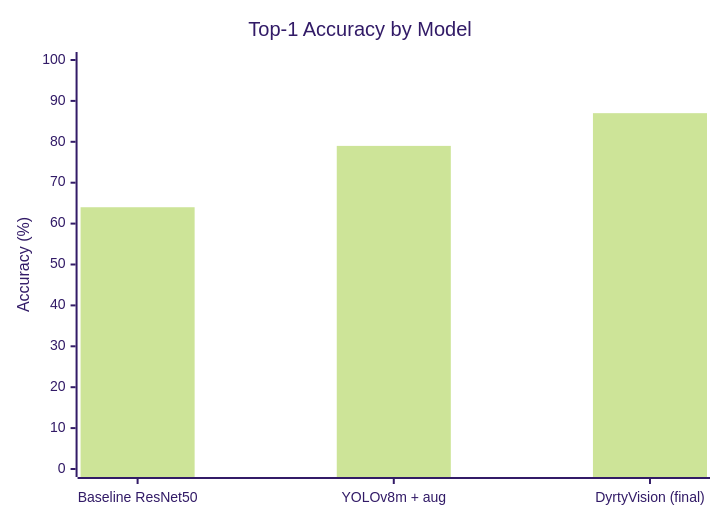
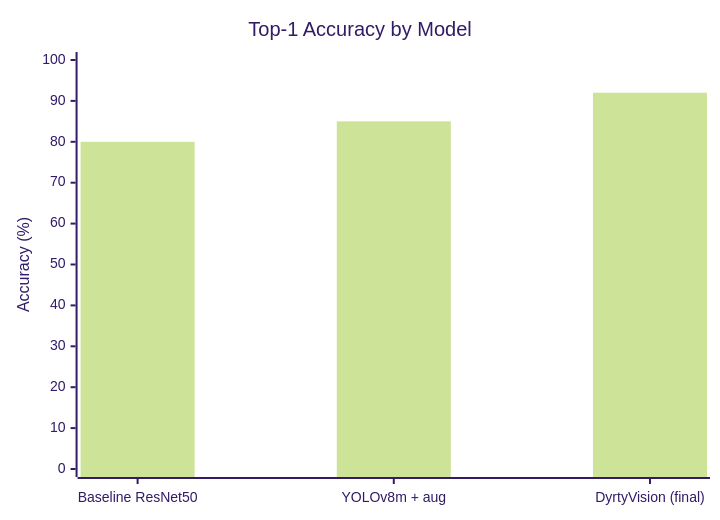
One commit to dayan-battulga/wastevision changed the fourth of 5 diagrams in README.md. Above: the diagram before and after it, drawn with Mermaid (forest theme). The commit also changed other lines of this file, not shown here.

````diff
--- a/README.md
+++ b/README.md
@@ -101,7 +101,7 @@
 ```mermaid
 xychart-beta
     title "Top-1 Accuracy by Model"
     x-axis ["Baseline ResNet50", "YOLOv8m + aug", "DyrtyVision (final)"]
     y-axis "Accuracy (%)" 0 --> 100
-    bar [64, 79, 87]
+    bar [80, 85, 92]
 ```
````
